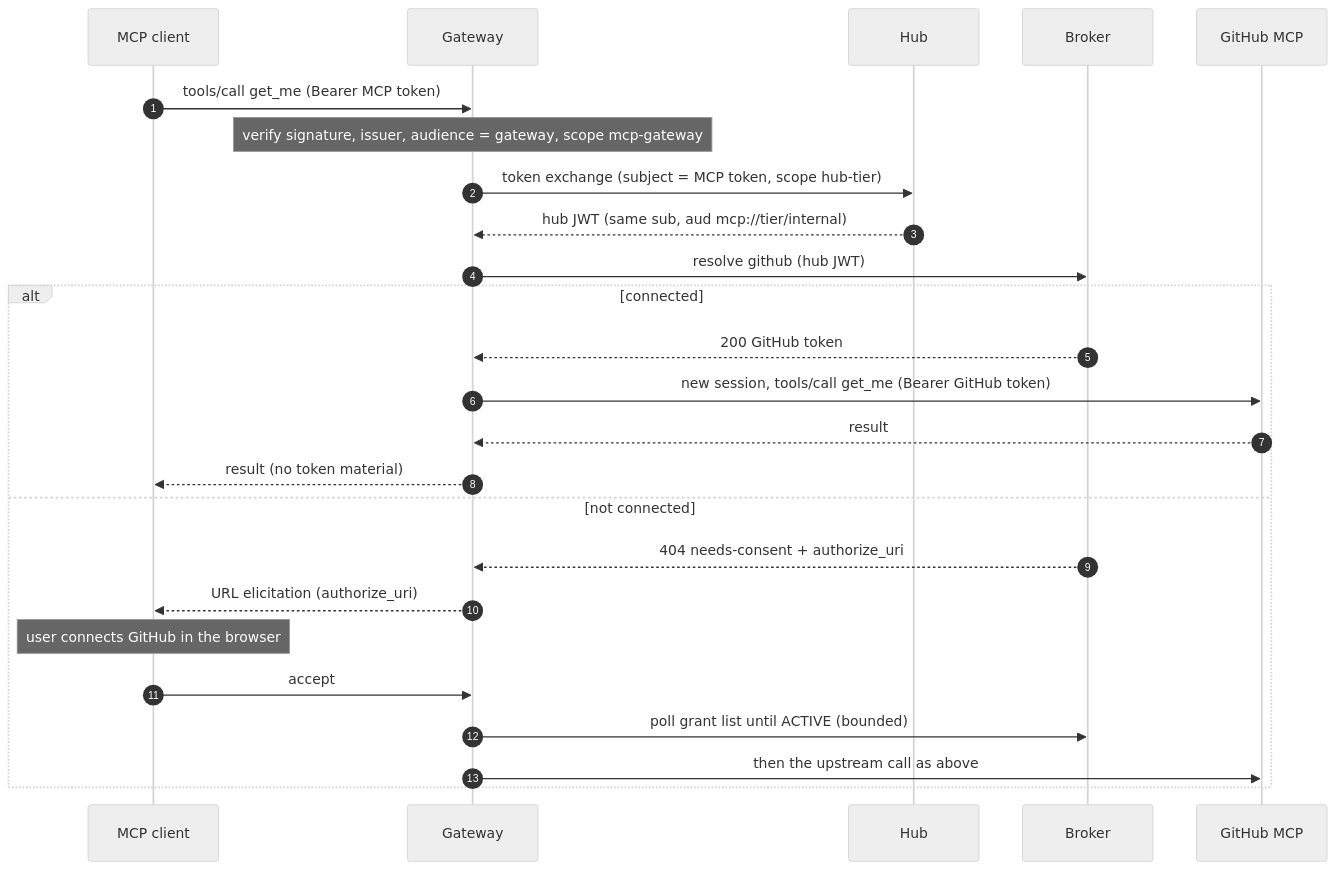
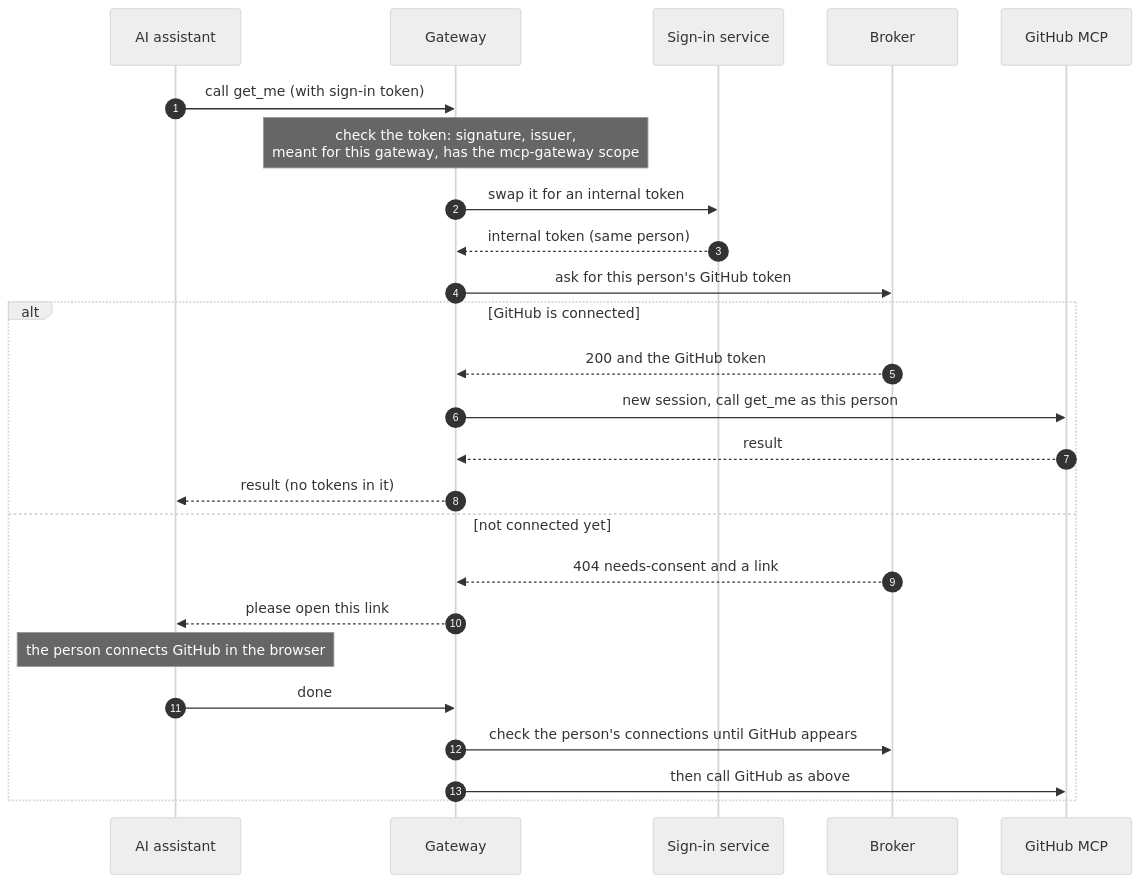
Before and after one commit to chief-builder/vendor-token-broker: the second of 2 diagrams in docs/mcp-gateway.md, drawn with Mermaid (neutral theme). The commit also changed other lines of this file and 14 other files, not shown here.

First line of the commit message:
docs: lead with the MCP gateway and simplify language throughout

````diff
--- a/docs/mcp-gateway.md
+++ b/docs/mcp-gateway.md
@@ -20,28 +24,28 @@
 ```mermaid
 sequenceDiagram
     autonumber
-    participant C as MCP client
+    participant C as AI assistant
     participant G as Gateway
-    participant H as Hub
+    participant H as Sign-in service
     participant B as Broker
     participant M as GitHub MCP
 
-    C->>G: tools/call get_me (Bearer MCP token)
-    Note over G: verify signature, issuer, audience = gateway, scope mcp-gateway
-    G->>H: token exchange (subject = MCP token, scope hub-tier)
-    H-->>G: hub JWT (same sub, aud mcp://tier/internal)
-    G->>B: resolve github (hub JWT)
-    alt connected
-        B-->>G: 200 GitHub token
-        G->>M: new session, tools/call get_me (Bearer GitHub token)
+    C->>G: call get_me (with sign-in token)
+    Note over G: check the token: signature, issuer,<br/>meant for this gateway, has the mcp-gateway scope
+    G->>H: swap it for an internal token
+    H-->>G: internal token (same person)
+    G->>B: ask for this person's GitHub token
+    alt GitHub is connected
+        B-->>G: 200 and the GitHub token
+        G->>M: new session, call get_me as this person
         M-->>G: result
-        G-->>C: result (no token material)
-    else not connected
-        B-->>G: 404 needs-consent + authorize_uri
-        G-->>C: URL elicitation (authorize_uri)
-        Note over C: user connects GitHub in the browser
-        C->>G: accept
-        G->>B: poll grant list until ACTIVE (bounded)
-        G->>M: then the upstream call as above
+        G-->>C: result (no tokens in it)
+    else not connected yet
+        B-->>G: 404 needs-consent and a link
+        G-->>C: please open this link
+        Note over C: the person connects GitHub in the browser
+        C->>G: done
+        G->>B: check the person's connections until GitHub appears
+        G->>M: then call GitHub as above
     end
 ```
````
